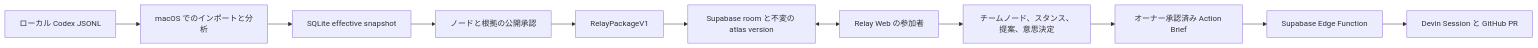
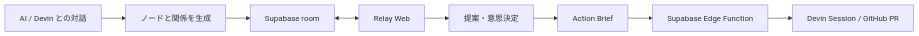
Before and after one commit to visiontale7-svg/AIAU-Salary-neko: the diagram in README.md, drawn with Mermaid. The commit also changed other lines of this file, not shown here.

````diff
--- a/README.md
+++ b/README.md
@@ -26,13 +23,10 @@
 ```mermaid
 flowchart LR
-  A["ローカル Codex JSONL"] --> B["macOS でのインポートと分析"]
-  B --> C["SQLite effective snapshot"]
-  C --> D["ノードと根拠の公開承認"]
-  D --> E["RelayPackageV1"]
-  E --> F["Supabase room と不変の atlas version"]
-  F <--> G["Relay Web の参加者"]
-  G --> H["チームノード、スタンス、提案、意思決定"]
-  H --> I["オーナー承認済み Action Brief"]
-  I --> J["Supabase Edge Function"]
-  J --> K["Devin Session と GitHub PR"]
+  A["AI / Devin との対話"] --> B["ノードと関係を生成"]
+  B --> C["Supabase room"]
+  C <--> D["Relay Web"]
+  D --> F["提案・意思決定"]
+  F --> G["Action Brief"]
+  G --> H["Supabase Edge Function"]
+  H --> I["Devin Session / GitHub PR"]
 ```
````
